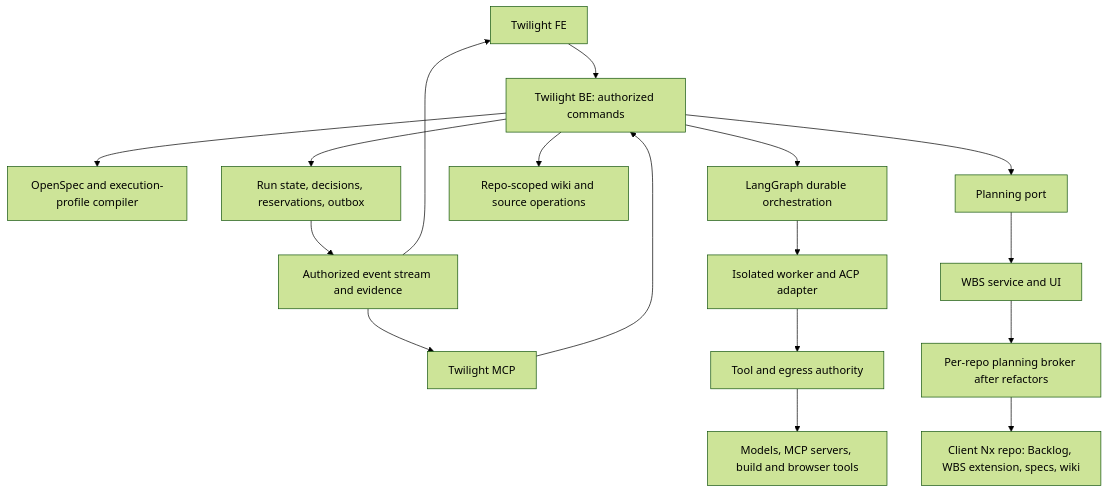
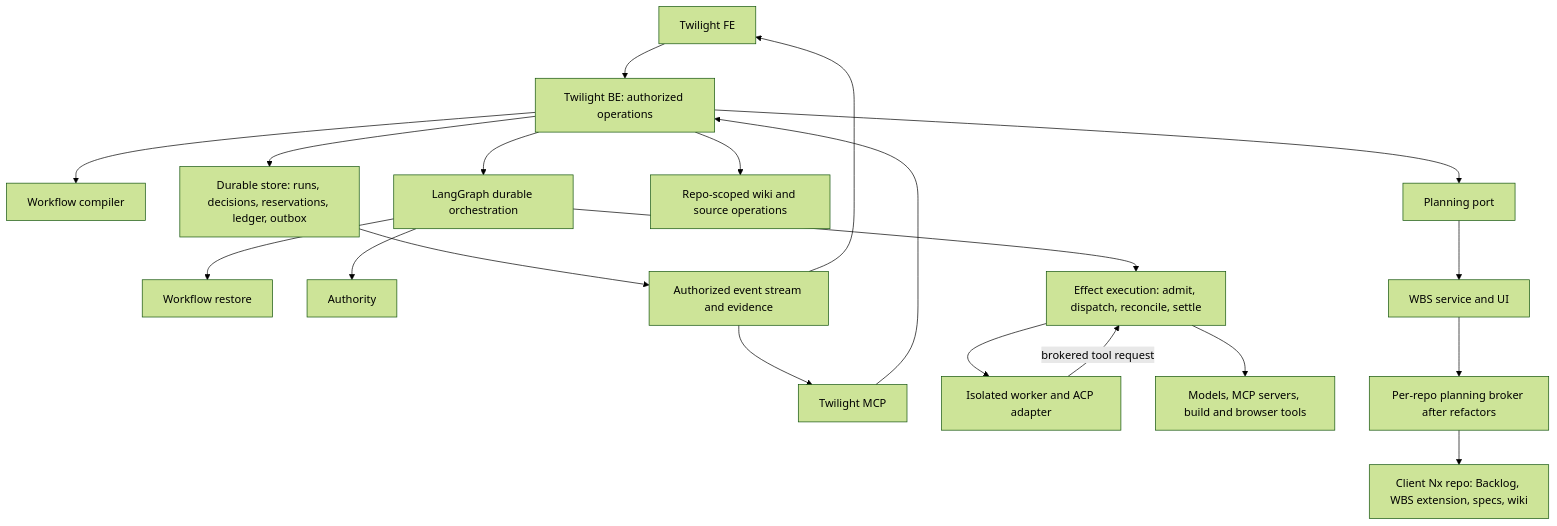
One commit to Prosperous-Unification/puni-00 changed the diagram in openspec/changes/twilight-control-plane/design.md. Above: the diagram before and after it, drawn with Mermaid (forest theme). The commit also changed other lines of this file and 95 other files, not shown here.

````diff
--- a/openspec/changes/twilight-control-plane/design.md
+++ b/openspec/changes/twilight-control-plane/design.md
@@ -10,19 +12,22 @@
 ```mermaid
 flowchart TD
-  FE[Twilight FE] --> API[Twilight BE: authorized commands]
+  FE[Twilight FE] --> API[Twilight BE: authorized operations]
   MCP[Twilight MCP] --> API
-  API --> Compiler[OpenSpec and execution-profile compiler]
-  API --> Store[Run state, decisions, reservations, outbox]
+  API --> Compiler[Workflow compiler]
+  API --> Store[Durable store: runs, decisions, reservations, ledger, outbox]
   API --> Graph[LangGraph durable orchestration]
-  Graph --> Worker[Isolated worker and ACP adapter]
-  Worker --> Policy[Tool and egress authority]
-  Policy --> External[Models, MCP servers, build and browser tools]
+  Graph --> Restore[Workflow restore]
+  Graph --> Authority
+  Graph --> Effects[Effect execution: admit, dispatch, reconcile, settle]
+  Effects --> Worker[Isolated worker and ACP adapter]
+  Worker -- brokered tool request --> Effects
+  Effects --> External[Models, MCP servers, build and browser tools]
   API --> Knowledge[Repo-scoped wiki and source operations]
   API --> Planning[Planning port]
   Planning --> WBS[WBS service and UI]
   WBS --> Broker[Per-repo planning broker after refactors]
   Broker --> Repo[Client Nx repo: Backlog, WBS extension, specs, wiki]
   Store --> Events[Authorized event stream and evidence]
   Events --> FE
   Events --> MCP
 ```
````
